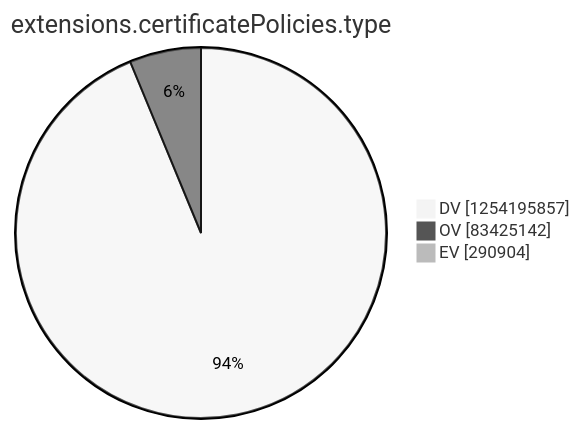
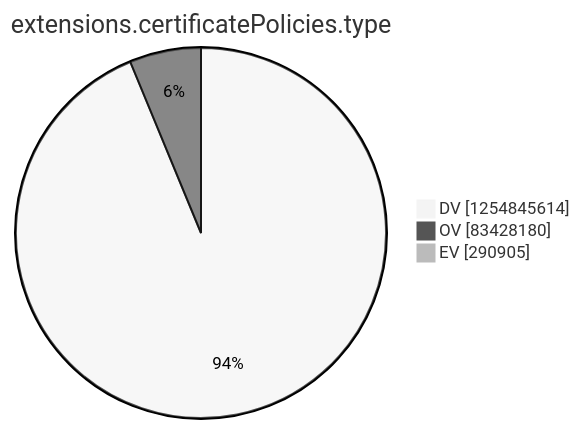
One commit to christiankrug/ctmonitor_visualization changed the tenth of 15 diagrams in argon2022/README.md. Above: the diagram before and after it, drawn with Mermaid (neutral theme). The commit also changed other lines of this file, not shown here.

````diff
--- a/argon2022/README.md
+++ b/argon2022/README.md
@@ -2771,7 +2771,7 @@
 ```mermaid
 pie showData
 title extensions.certificatePolicies.type
-"DV" :1254195857
-"OV" :83425142
-"EV" :290904
+"DV" :1254845614
+"OV" :83428180
+"EV" :290905
 ```
````
